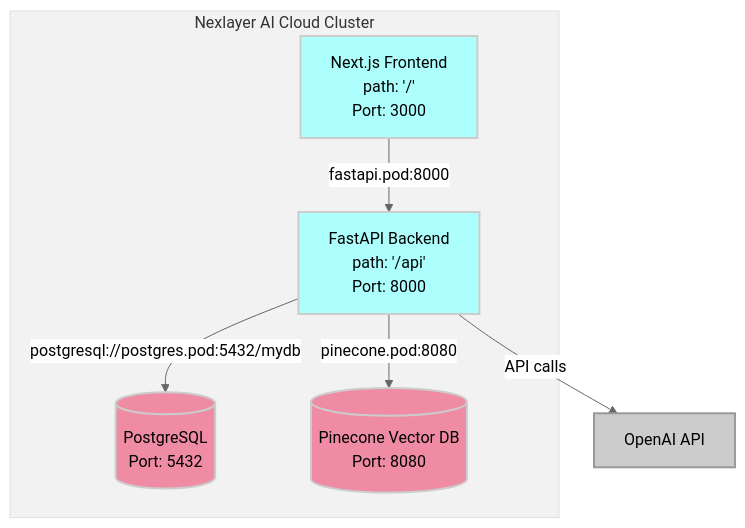
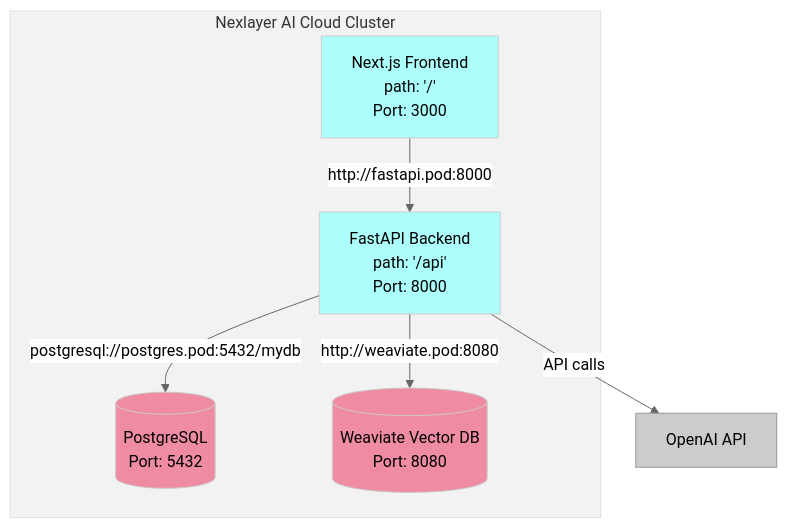
Before and after one commit to Nexlayer/docs: the diagram in essentials/nexlayer-deployment-yaml.mdx, drawn with Mermaid (neutral theme). The commit also changed other lines of this file, not shown here.

First line of the commit message:
Update nexlayer-deployment-yaml.mdx

````diff
--- a/essentials/nexlayer-deployment-yaml.mdx
+++ b/essentials/nexlayer-deployment-yaml.mdx
@@ -141,34 +177,25 @@
 ```mermaid
 graph TD
     subgraph NexlayerCloud["Nexlayer AI Cloud Cluster"]
-        %% Frontend app
         Frontend[Next.js Frontend<br>path: '/'<br>Port: 3000]
-        
-        %% Backend app
         Backend[FastAPI Backend<br>path: '/api'<br>Port: 8000]
-        
-        %% Databases
         DB[(PostgreSQL<br>Port: 5432)]
-        VectorDB[(Pinecone Vector DB<br>Port: 8080)]
+        VectorDB[(Weaviate Vector DB<br>Port: 8080)]
     end
     
-    %% External entities
     ExternalAPI[OpenAI API]
-
-    %% Relationships
-    Frontend -->|fastapi.pod:8000| Backend
+    
+    Frontend -->|http://fastapi.pod:8000| Backend
     Backend -->|postgresql://postgres.pod:5432/mydb| DB
-    Backend -->|pinecone.pod:8080| VectorDB
+    Backend -->|http://weaviate.pod:8080| VectorDB
     Backend -->|API calls| ExternalAPI
-
-    %% Styling
-    classDef app fill:#ACFFFC,color:black,stroke:#ccc,stroke-width:2px
-    classDef data fill:#EF8CA4,color:black,stroke:#ccc,stroke-width:2px
-    classDef external fill:#cccccc,color:black,stroke:#999,stroke-width:2px
-    classDef nexlayer fill:#f2f2f2,stroke:#e0e0e0,stroke-width:1px
-
+    
+    classDef app fill:#ACFFFC,color:black,stroke:#ccc
+    classDef data fill:#EF8CA4,color:black,stroke:#ccc
+    classDef external fill:#cccccc,color:black,stroke:#999
+    classDef nexlayer fill:#f2f2f2,stroke:#e0e0e0
     class Frontend,Backend app
     class DB,VectorDB data
     class ExternalAPI external
     class NexlayerCloud nexlayer
 ```
````
